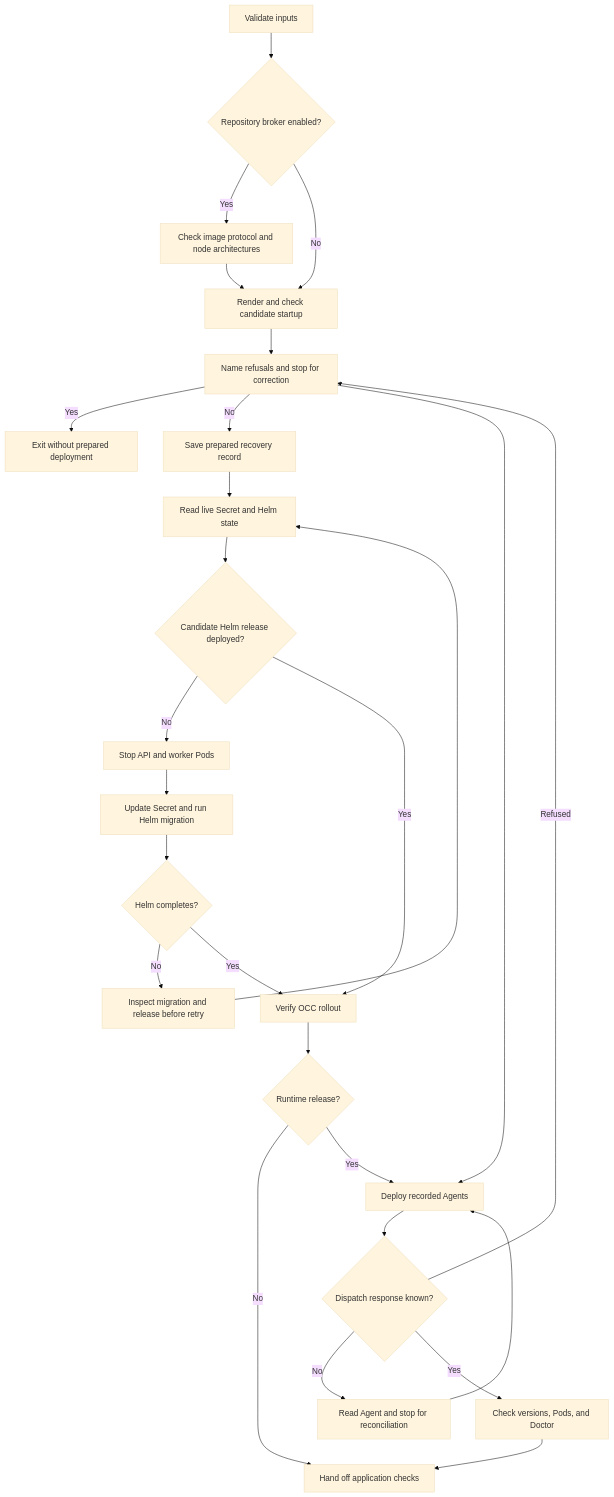
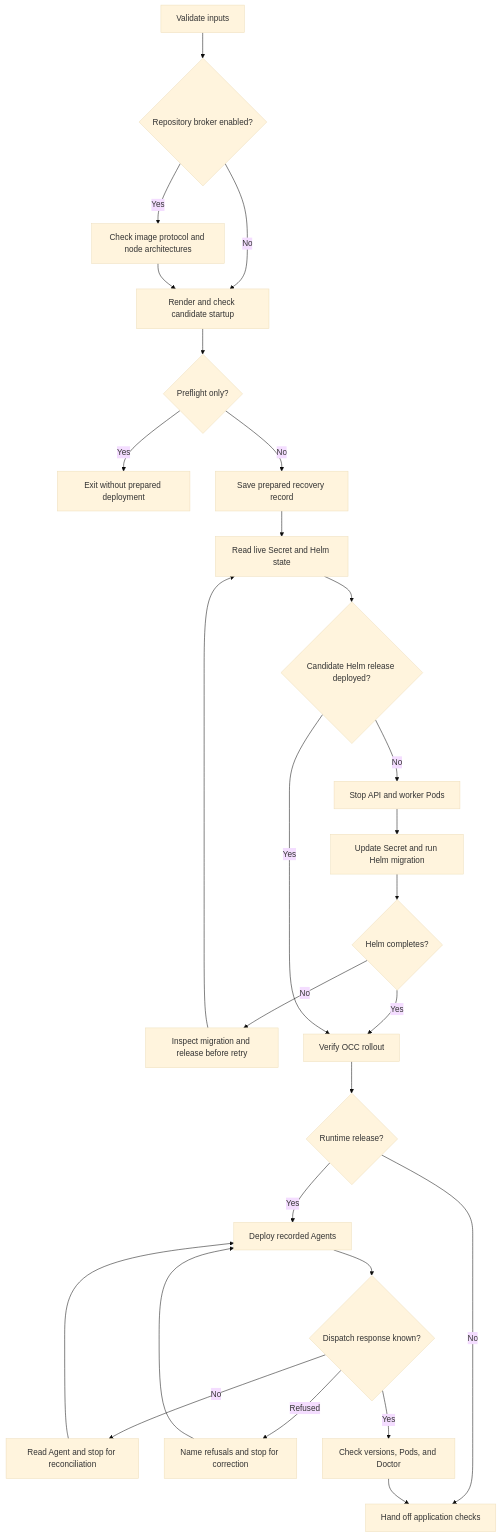
One commit to openclaw/openclaw-enterprise changed the diagram in docs/flows/coordinated-production-upgrade.md. Above: the diagram before and after it, drawn with Mermaid (base theme). The commit also changed other lines of this file and 5 other files, not shown here.

````diff
--- a/docs/flows/coordinated-production-upgrade.md
+++ b/docs/flows/coordinated-production-upgrade.md
@@ -31,29 +31,29 @@
 ```mermaid
 graph TD
     A["Validate inputs"] --> Q{"Repository broker enabled?"}
     Q -->|Yes| P["Check image protocol and node architectures"]
     Q -->|No| B["Render and check candidate startup"]
     P --> B
     B --> R{"Preflight only?"}
     R -->|Yes| S["Exit without prepared deployment"]
     R -->|No| T["Save prepared recovery record"]
     T --> C["Read live Secret and Helm state"]
     C --> D{"Candidate Helm release deployed?"}
     D -->|No| E["Stop API and worker Pods"]
     E --> F["Update Secret and run Helm migration"]
     F --> G{"Helm completes?"}
     G -->|No| H["Inspect migration and release before retry"]
     H --> C
     G -->|Yes| I["Verify OCC rollout"]
     D -->|Yes| I
     I --> J{"Runtime release?"}
     J -->|No| K["Hand off application checks"]
     J -->|Yes| L["Deploy recorded Agents"]
     L --> M{"Dispatch response known?"}
     M -->|No| N["Read Agent and stop for reconciliation"]
     N --> L
-    M -->|Refused| R["Name refusals and stop for correction"]
-    R --> L
+    M -->|Refused| U["Name refusals and stop for correction"]
+    U --> L
     M -->|Yes| O["Check versions, Pods, and Doctor"]
     O --> K
 ```
````
